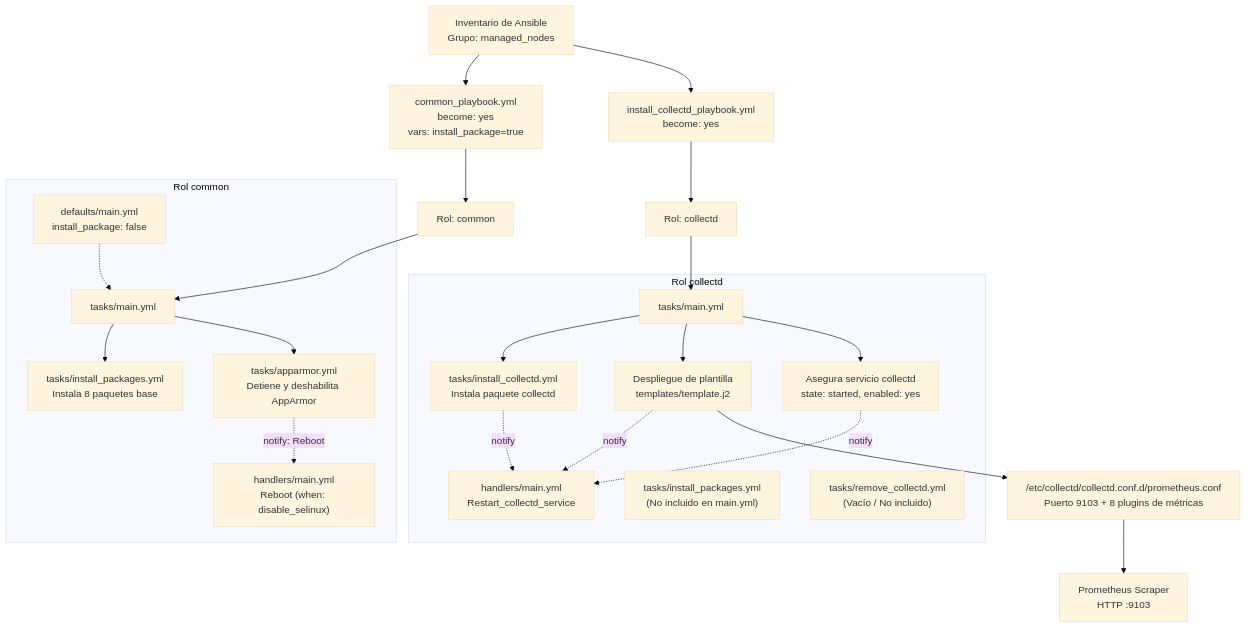
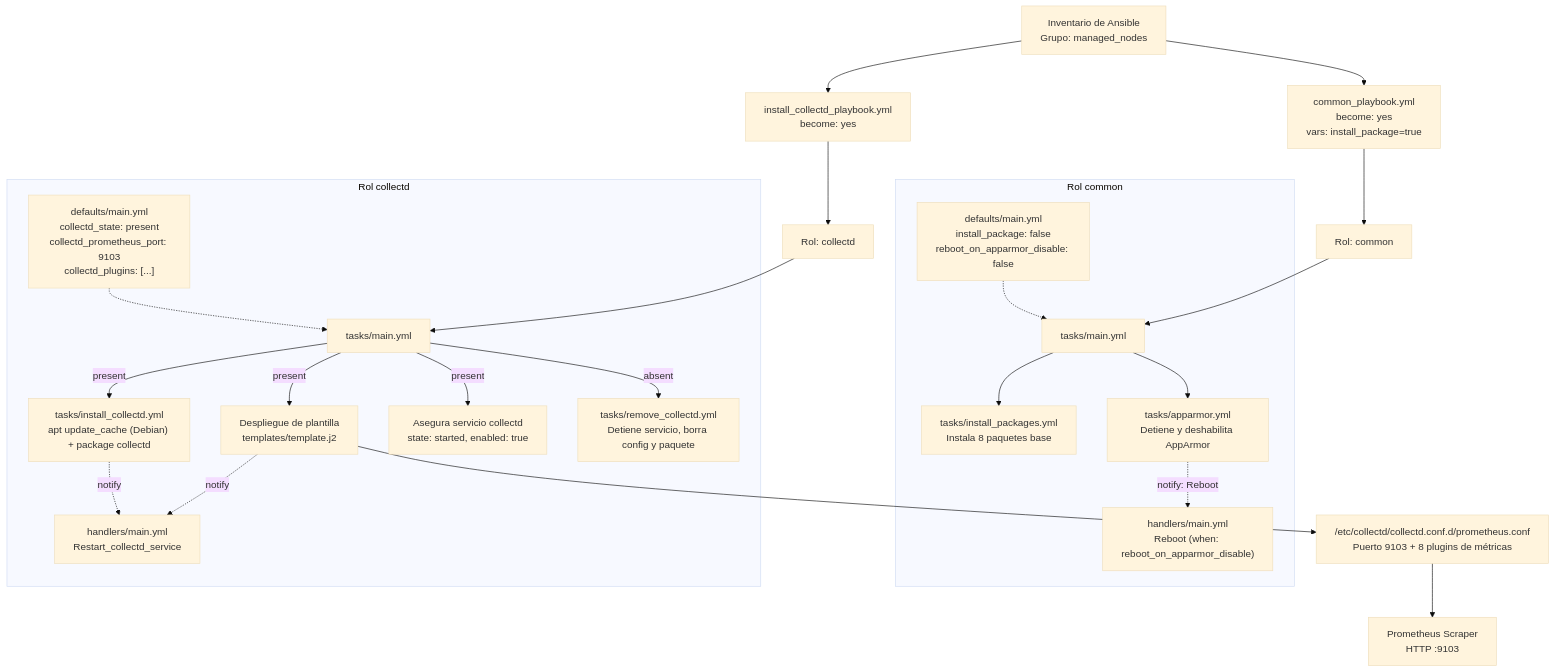
Before and after one commit to Mici7120/ansible-sandbox: the first of 4 diagrams in docs/architecture.md, drawn with Mermaid (base theme). The commit also changed other lines of this file and 3 other files, not shown here.

Commit message:
docs: update documentation and diagrams after role fixes

````diff
--- a/docs/architecture.md
+++ b/docs/architecture.md
@@ -11,34 +11,32 @@
 ```mermaid
 flowchart TD
     INV["Inventario de Ansible\nGrupo: managed_nodes"] --> PB1["common_playbook.yml\nbecome: yes\nvars: install_package=true"]
     INV --> PB2["install_collectd_playbook.yml\nbecome: yes"]
 
     PB1 --> R1["Rol: common"]
     PB2 --> R2["Rol: collectd"]
 
     subgraph COMMON["Rol common"]
-        C_DEF["defaults/main.yml\ninstall_package: false"] -.-> C_MAIN
+        C_DEF["defaults/main.yml\ninstall_package: false\nreboot_on_apparmor_disable: false"] -.-> C_MAIN
         C_MAIN["tasks/main.yml"] --> C_PKG["tasks/install_packages.yml\nInstala 8 paquetes base"]
         C_MAIN --> C_AA["tasks/apparmor.yml\nDetiene y deshabilita AppArmor"]
-        C_AA -. "notify: Reboot" .-> C_HND["handlers/main.yml\nReboot (when: disable_selinux)"]
+        C_AA -. "notify: Reboot" .-> C_HND["handlers/main.yml\nReboot (when: reboot_on_apparmor_disable)"]
     end
 
     subgraph COLLECTD["Rol collectd"]
-        COL_MAIN["tasks/main.yml"] --> COL_INST["tasks/install_collectd.yml\nInstala paquete collectd"]
-        COL_MAIN --> COL_TPL["Despliegue de plantilla\ntemplates/template.j2"]
-        COL_MAIN --> COL_SVC["Asegura servicio collectd\nstate: started, enabled: yes"]
+        COL_DEF["defaults/main.yml\ncollectd_state: present\ncollectd_prometheus_port: 9103\ncollectd_plugins: [...]"] -.-> COL_MAIN
+        COL_MAIN["tasks/main.yml"] -->|present| COL_INST["tasks/install_collectd.yml\napt update_cache (Debian) + package collectd"]
+        COL_MAIN -->|present| COL_TPL["Despliegue de plantilla\ntemplates/template.j2"]
+        COL_MAIN -->|present| COL_SVC["Asegura servicio collectd\nstate: started, enabled: true"]
+        COL_MAIN -->|absent| COL_REM["tasks/remove_collectd.yml\nDetiene servicio, borra config y paquete"]
 
         COL_INST -. "notify" .-> COL_HND["handlers/main.yml\nRestart_collectd_service"]
         COL_TPL -. "notify" .-> COL_HND
-        COL_SVC -. "notify" .-> COL_HND
-
-        COL_UNUSED1["tasks/install_packages.yml\n(No incluido en main.yml)"]
-        COL_UNUSED2["tasks/remove_collectd.yml\n(Vacío / No incluido)"]
     end
 
     R1 --> C_MAIN
     R2 --> COL_MAIN
 
     COL_TPL --> CFG["/etc/collectd/collectd.conf.d/prometheus.conf\nPuerto 9103 + 8 plugins de métricas"]
     CFG --> PROM["Prometheus Scraper\nHTTP :9103"]
 ```
````
